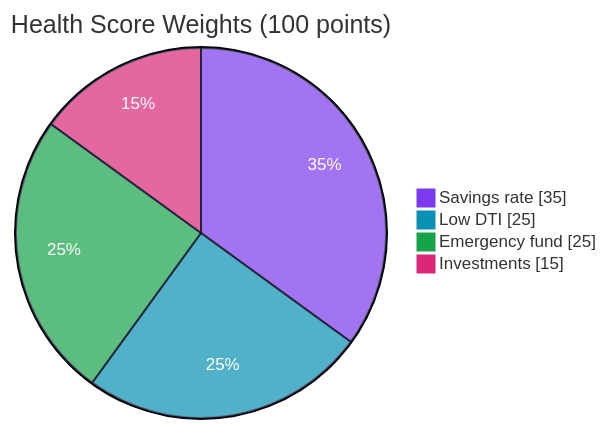
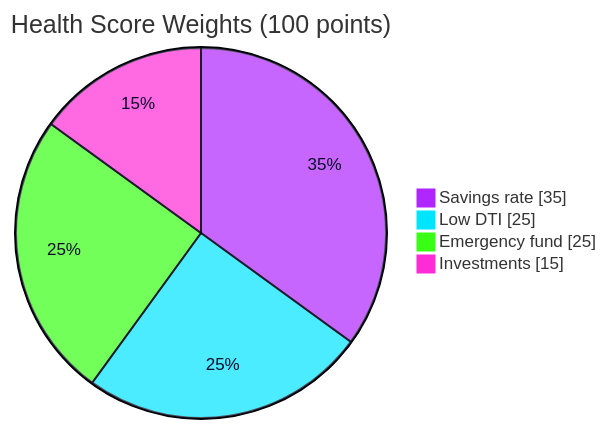
One commit to Mansi232323/MANSHORA changed the ninth of 17 diagrams in README.md. Above: the diagram before and after it, drawn with Mermaid. The commit also changed other lines of this file, not shown here.

````diff
--- a/README.md
+++ b/README.md
@@ -331,8 +374,8 @@
 ```mermaid
-%%{init: {'theme':'base','themeVariables':{'fontSize':'15px','fontFamily':'Arial, Helvetica, sans-serif','pie1':'#7c3aed','pie2':'#0891b2','pie3':'#16a34a','pie4':'#db2777','pieSectionTextColor':'#ffffff','pieStrokeColor':'#0f0f2b','pieStrokeWidth':'2px'}}}%%
+%%{init: {'theme':'base','themeVariables':{'fontSize':'17px','fontFamily':'Arial, Helvetica, sans-serif','pie1':'#b026ff','pie2':'#00e5ff','pie3':'#39ff14','pie4':'#ff2bd6','pieSectionTextColor':'#0b0b2a','pieStrokeColor':'#07071c','pieStrokeWidth':'2px'}}}%%
 pie showData title Health Score Weights (100 points)
     "Savings rate" : 35
     "Low DTI" : 25
     "Emergency fund" : 25
     "Investments" : 15
 ```
````
